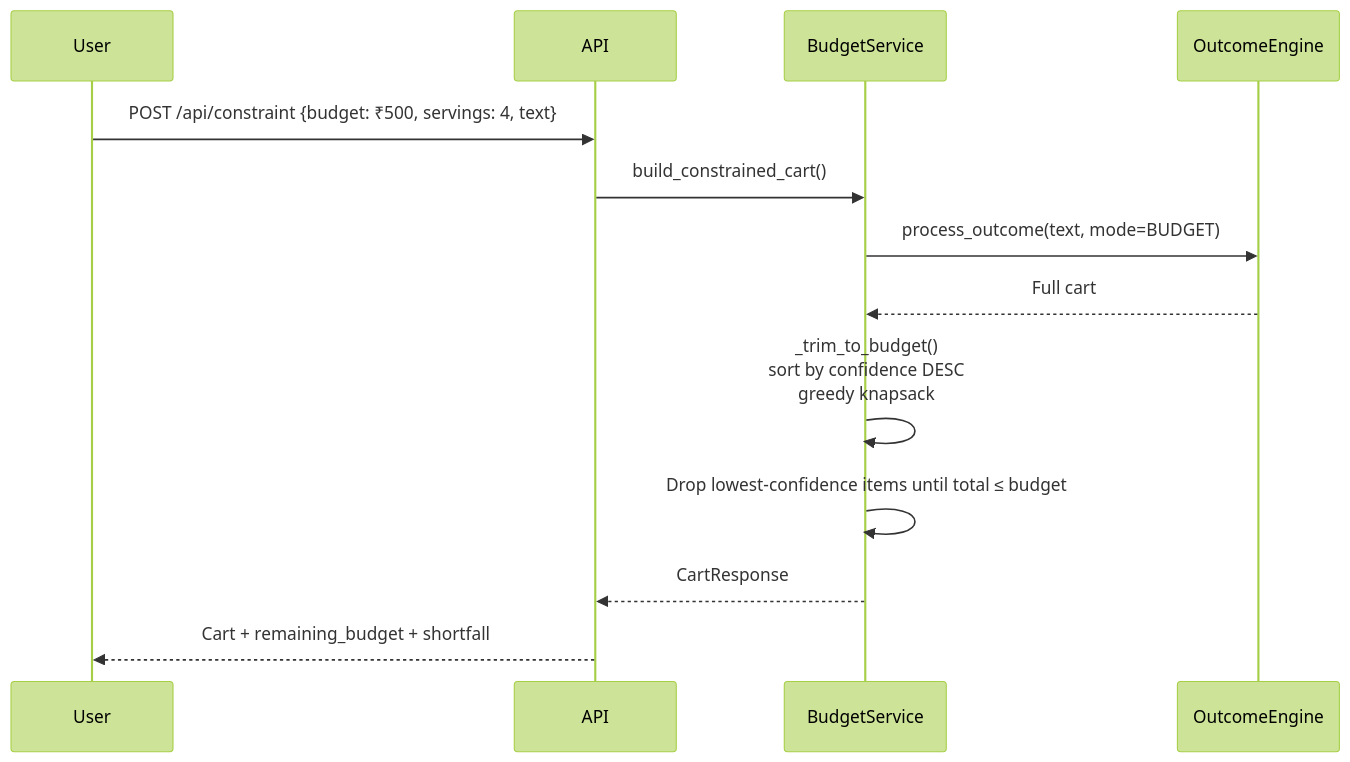
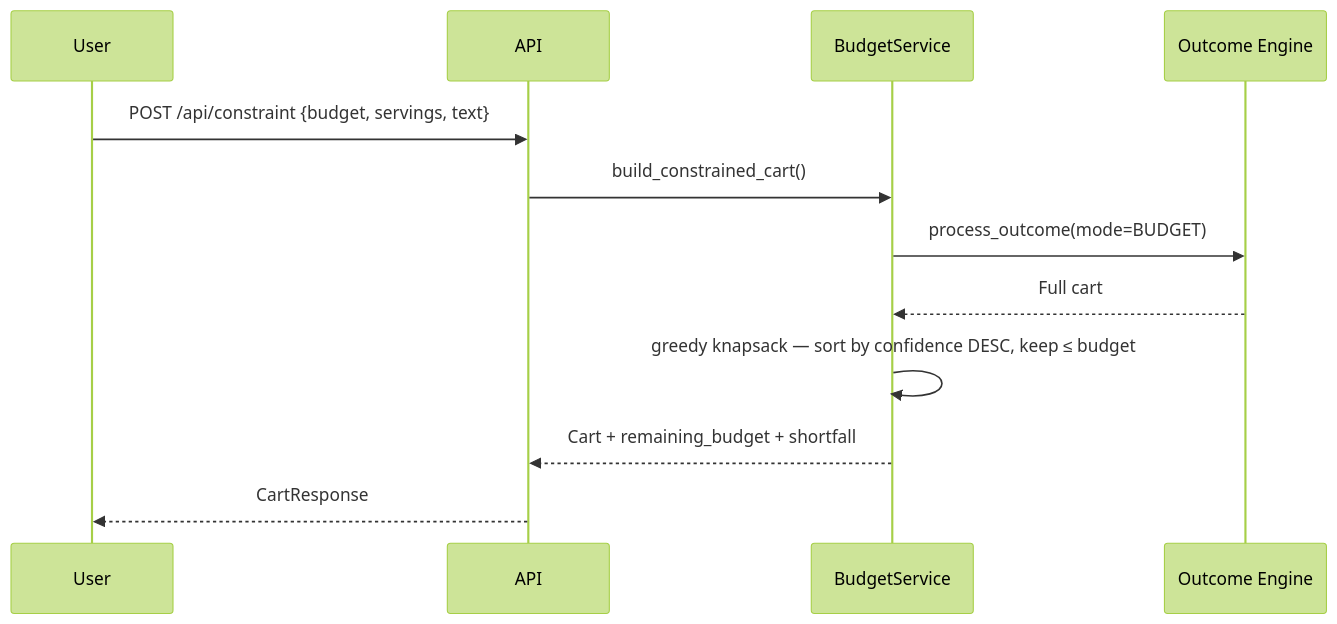
The fifth of 11 diagrams in SYSTEM_ARCHITECTURE.md (Strizzyy/NowCart), drawn with Mermaid (forest theme) before and after one commit. The commit also changed other lines of this file and 2 other files, not shown here.

Commit message:
refined readme and system architecture

````diff
--- a/SYSTEM_ARCHITECTURE.md
+++ b/SYSTEM_ARCHITECTURE.md
@@ -138,16 +169,14 @@
 ```mermaid
 sequenceDiagram
     participant User
     participant API
-    participant BudgetService
-    participant OutcomeEngine
-
-    User->>API: POST /api/constraint {budget: ₹500, servings: 4, text}
-    API->>BudgetService: build_constrained_cart()
-    BudgetService->>OutcomeEngine: process_outcome(text, mode=BUDGET)
-    OutcomeEngine-->>BudgetService: Full cart
-    BudgetService->>BudgetService: _trim_to_budget()<br/>sort by confidence DESC<br/>greedy knapsack
-    BudgetService->>BudgetService: Drop lowest-confidence items until total ≤ budget
-    BudgetService-->>API: CartResponse
-    API-->>User: Cart + remaining_budget + shortfall
+    participant Budget as BudgetService
+    participant Engine as Outcome Engine
+    User->>API: POST /api/constraint {budget, servings, text}
+    API->>Budget: build_constrained_cart()
+    Budget->>Engine: process_outcome(mode=BUDGET)
+    Engine-->>Budget: Full cart
+    Budget->>Budget: greedy knapsack — sort by confidence DESC, keep ≤ budget
+    Budget-->>API: Cart + remaining_budget + shortfall
+    API-->>User: CartResponse
 ```
````
